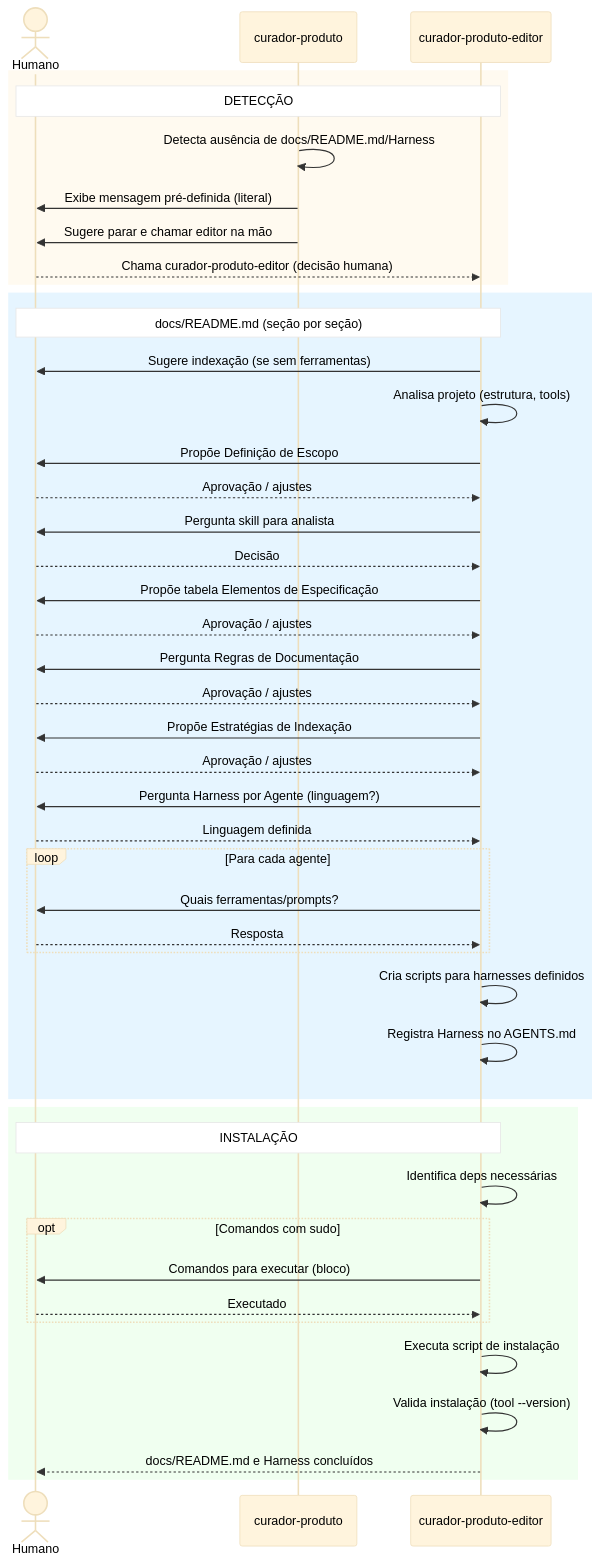
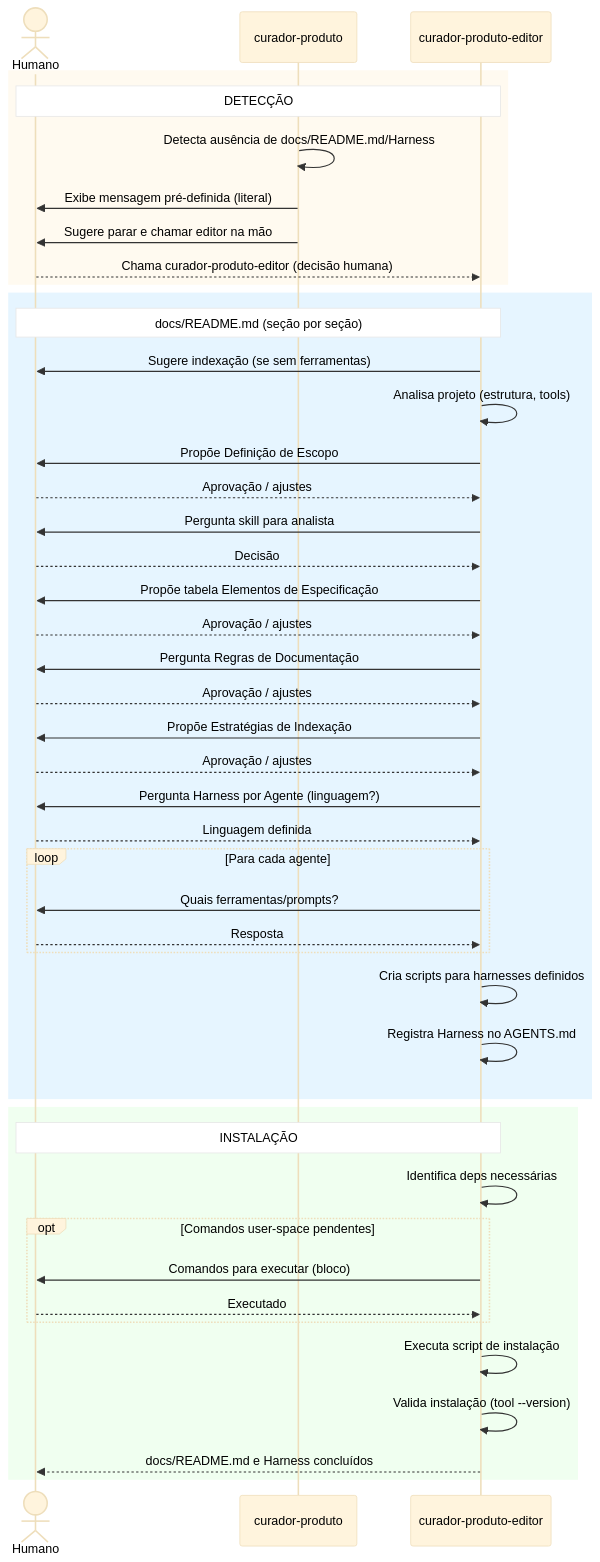
Before and after one commit to vitormcruz/opencode-global-config: the diagram in docs/workflow-curadoria.md, drawn with Mermaid. The commit also changed other lines of this file and 28 other files, not shown here.

````diff
--- a/docs/workflow-curadoria.md
+++ b/docs/workflow-curadoria.md
@@ -406,59 +406,59 @@
 ```mermaid
 %%{init: {'theme': 'base', 'themeVariables': {
     'actorTextColor': '#000000',
     'signalTextColor': '#000000',
     'labelTextColor': '#000000',
     'noteBkgColor': '#ffffff',
     'noteTextColor': '#000000',
     'activationBorderColor': '#666666',
     'sequenceNumberColor': '#000000'
 }}}%%
 sequenceDiagram
     actor Humano
     participant cur as curador-produto
     participant edit as curador-produto-editor
 
     rect rgb(255, 250, 240)
     Note over Humano, edit: DETECÇÃO
     cur ->> cur: Detecta ausência de docs/README.md/Harness
     cur ->> Humano: Exibe mensagem pré-definida (literal)
     cur ->> Humano: Sugere parar e chamar editor na mão
     Humano -->> edit: Chama curador-produto-editor (decisão humana)
     end
 
     rect rgb(230, 245, 255)
     Note over Humano, edit: docs/README.md (seção por seção)
     edit ->> Humano: Sugere indexação (se sem ferramentas)
     edit ->> edit: Analisa projeto (estrutura, tools)
     edit ->> Humano: Propõe Definição de Escopo
     Humano -->> edit: Aprovação / ajustes
     edit ->> Humano: Pergunta skill para analista
     Humano -->> edit: Decisão
     edit ->> Humano: Propõe tabela Elementos de Especificação
     Humano -->> edit: Aprovação / ajustes
     edit ->> Humano: Pergunta Regras de Documentação
     Humano -->> edit: Aprovação / ajustes
     edit ->> Humano: Propõe Estratégias de Indexação
     Humano -->> edit: Aprovação / ajustes
     edit ->> Humano: Pergunta Harness por Agente (linguagem?)
     Humano -->> edit: Linguagem definida
     loop Para cada agente
         edit ->> Humano: Quais ferramentas/prompts?
         Humano -->> edit: Resposta
     end
     edit ->> edit: Cria scripts para harnesses definidos
     edit ->> edit: Registra Harness no AGENTS.md
     end
 
     rect rgb(240, 255, 240)
     Note over Humano, edit: INSTALAÇÃO
     edit ->> edit: Identifica deps necessárias
-    opt Comandos com sudo
+    opt Comandos user-space pendentes
         edit ->> Humano: Comandos para executar (bloco)
         Humano -->> edit: Executado
     end
     edit ->> edit: Executa script de instalação
     edit ->> edit: Valida instalação (tool --version)
     edit -->> Humano: docs/README.md e Harness concluídos
     end
 ```
````
